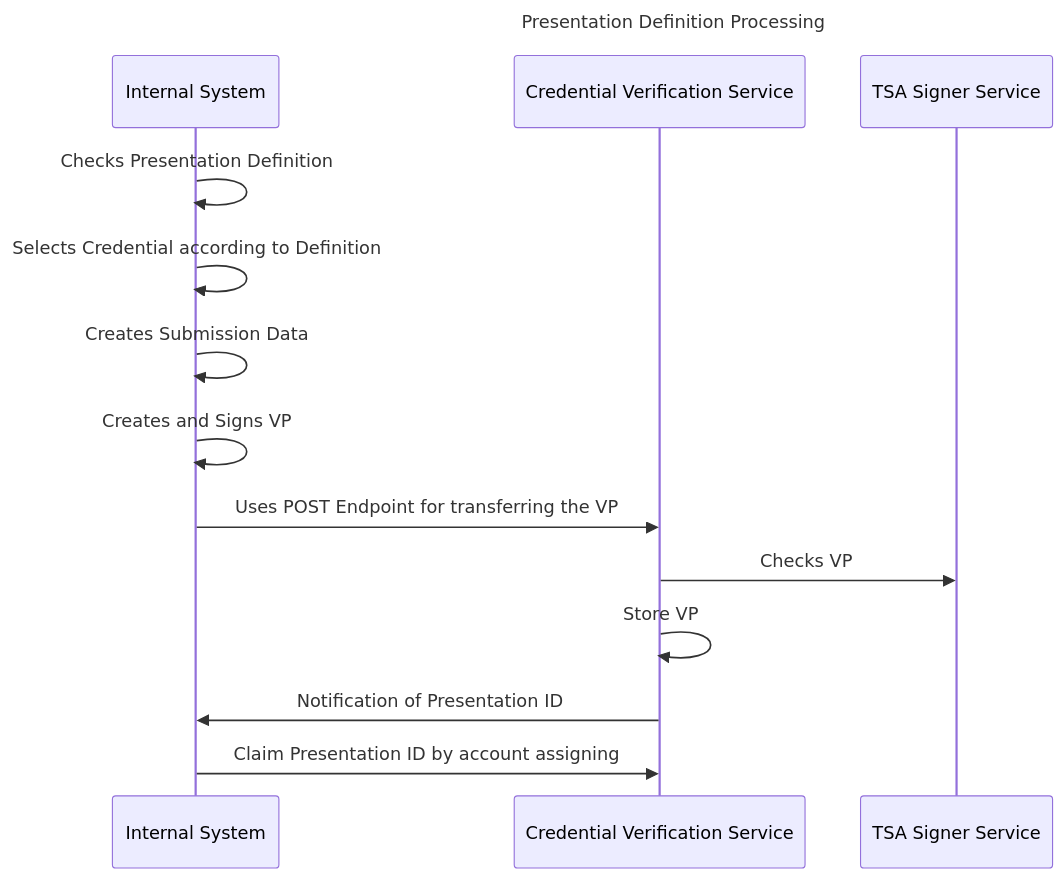
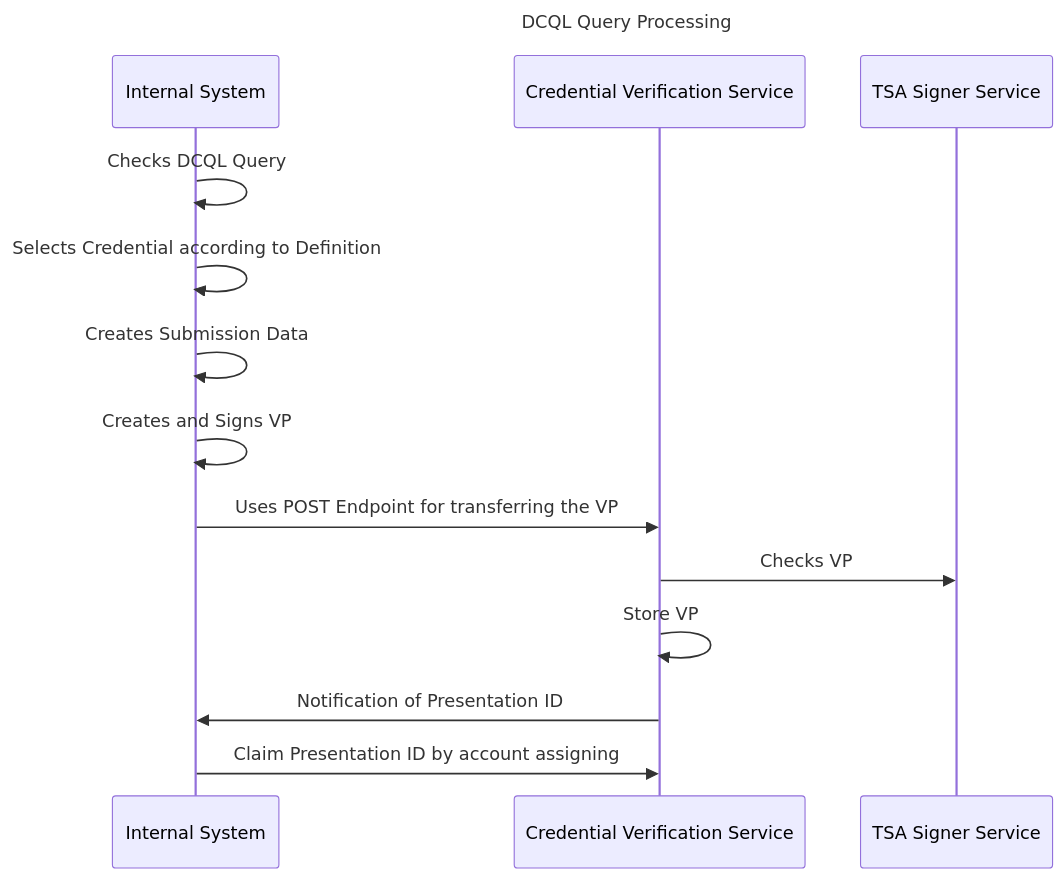
Before and after one commit to eclipse-xfsc/oid4-vci-credential-verification-service: the third of 3 diagrams in README.md, drawn with Mermaid. The commit also changed other lines of this file and 29 other files, not shown here.

````diff
--- a/README.md
+++ b/README.md
@@ -74,14 +74,14 @@
 ```mermaid
 sequenceDiagram
-title Presentation Definition Processing
-Internal System ->> Internal System: Checks Presentation Definition
+title DCQL Query Processing
+Internal System ->> Internal System: Checks DCQL Query
 Internal System ->> Internal System: Selects Credential according to Definition
 Internal System ->> Internal System: Creates Submission Data
 Internal System ->> Internal System: Creates and Signs VP
 Internal System ->> Credential Verification Service: Uses POST Endpoint for transferring the VP
 Credential Verification Service->>TSA Signer Service: Checks VP
 Credential Verification Service->> Credential Verification Service: Store VP
 Credential Verification Service->> Internal System: Notification of Presentation ID 
 Internal System->> Credential Verification Service: Claim Presentation ID by account assigning
 
 ```
````
